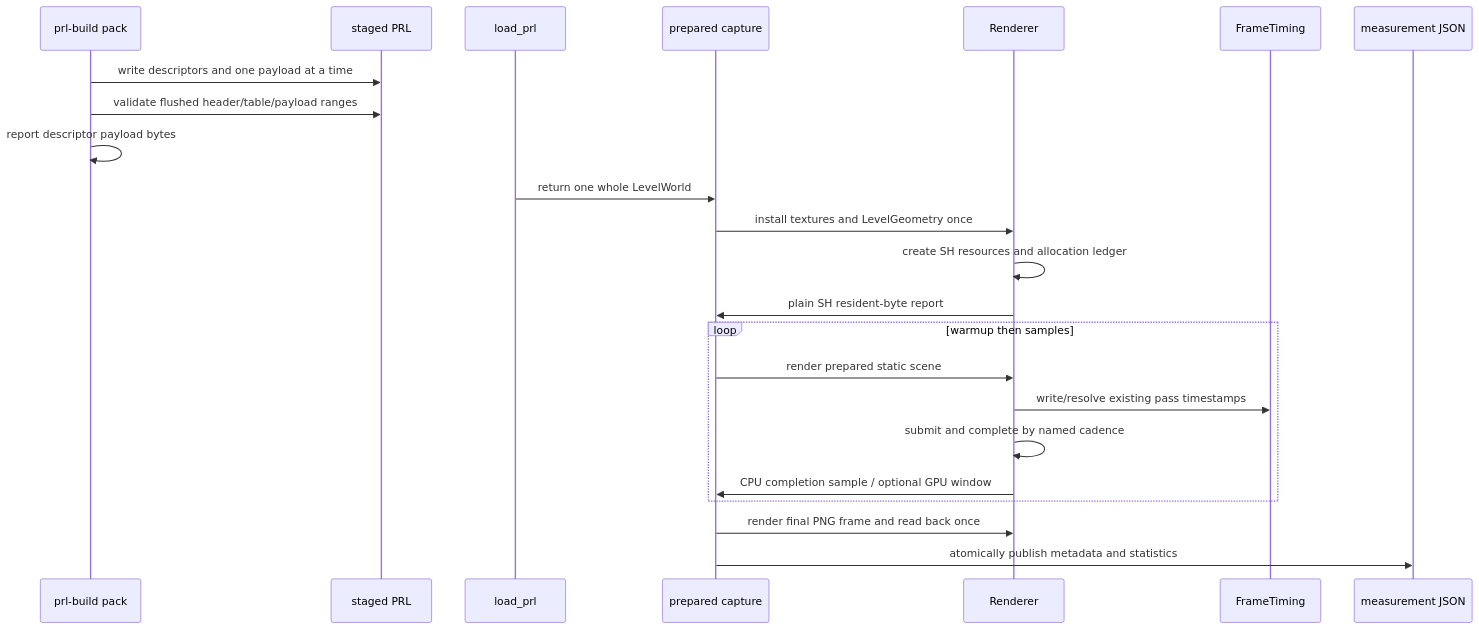
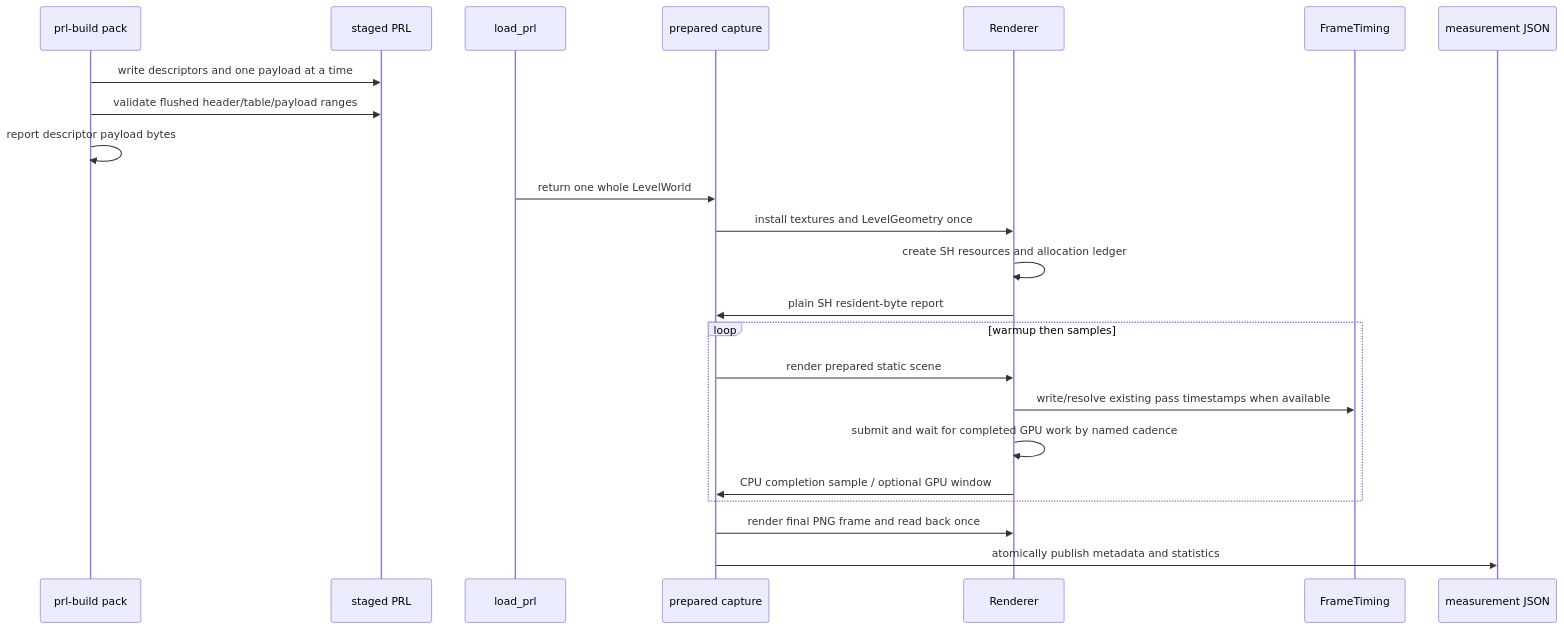
One commit to majtom2grndctrl/postretro changed the diagram in context/plans/drafts/sh-probe-streaming--measurement-harness/research.md. Above: the diagram before and after it, drawn with Mermaid. The commit also changed other lines of this file and 1 other file, not shown here.

````diff
--- a/context/plans/drafts/sh-probe-streaming--measurement-harness/research.md
+++ b/context/plans/drafts/sh-probe-streaming--measurement-harness/research.md
@@ -8,26 +8,26 @@
 ```mermaid
 sequenceDiagram
     participant Compiler as prl-build pack
     participant PRL as staged PRL
     participant Loader as load_prl
     participant Capture as prepared capture
     participant Renderer as Renderer
     participant Timing as FrameTiming
     participant Report as measurement JSON
 
     Compiler->>PRL: write descriptors and one payload at a time
     Compiler->>PRL: validate flushed header/table/payload ranges
     Compiler->>Compiler: report descriptor payload bytes
     Loader->>Capture: return one whole LevelWorld
     Capture->>Renderer: install textures and LevelGeometry once
     Renderer->>Renderer: create SH resources and allocation ledger
     Renderer->>Capture: plain SH resident-byte report
     loop warmup then samples
         Capture->>Renderer: render prepared static scene
-        Renderer->>Timing: write/resolve existing pass timestamps
-        Renderer->>Renderer: submit and complete by named cadence
+        Renderer->>Timing: write/resolve existing pass timestamps when available
+        Renderer->>Renderer: submit and wait for completed GPU work by named cadence
         Renderer->>Capture: CPU completion sample / optional GPU window
     end
     Capture->>Renderer: render final PNG frame and read back once
     Capture->>Report: atomically publish metadata and statistics
 ```
````
